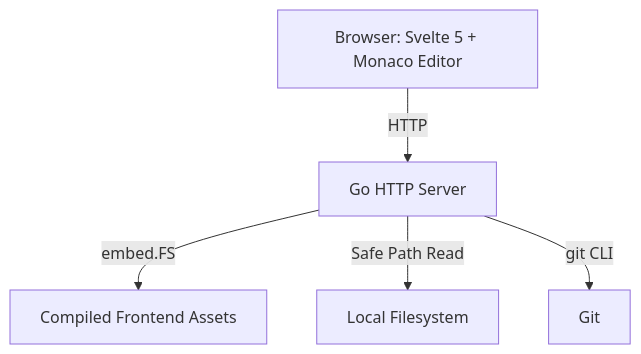
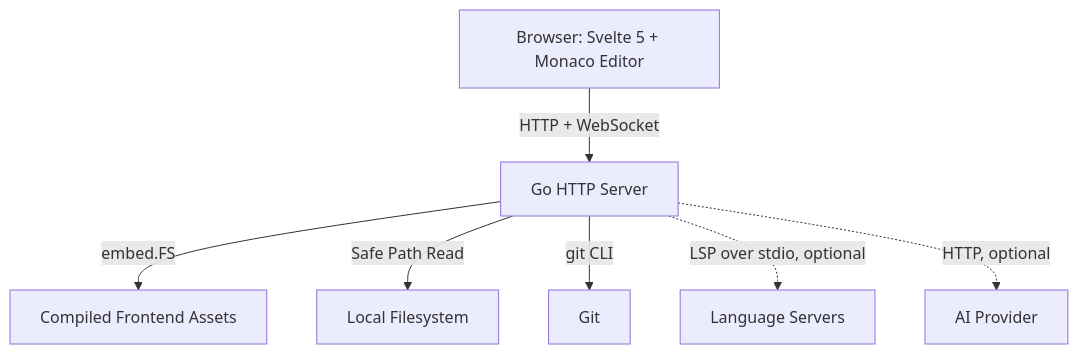
The diagram in README.md (Ucok23/vidian), drawn with Mermaid before and after one commit. The commit also changed other lines of this file and 1 other file, not shown here.

````diff
--- a/README.md
+++ b/README.md
@@ -125,7 +129,9 @@
 ```mermaid
 graph TD
-    Client[Browser: Svelte 5 + Monaco Editor] -->|HTTP| Server[Go HTTP Server]
+    Client[Browser: Svelte 5 + Monaco Editor] -->|HTTP + WebSocket| Server[Go HTTP Server]
     Server -->|embed.FS| Assets[Compiled Frontend Assets]
     Server -->|Safe Path Read| FS[Local Filesystem]
     Server -->|git CLI| Git[Git]
+    Server -.->|LSP over stdio, optional| Lang[Language Servers]
+    Server -.->|HTTP, optional| AI[AI Provider]
 ```
````
